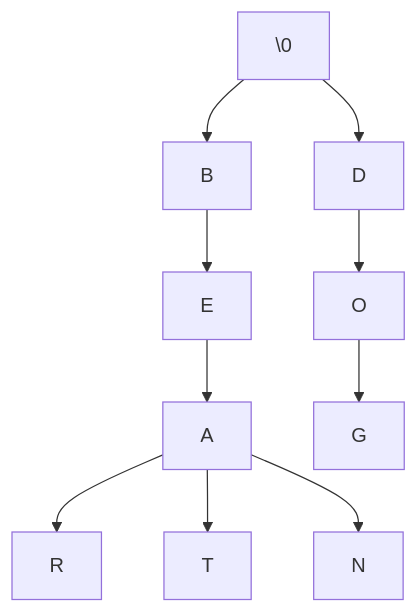
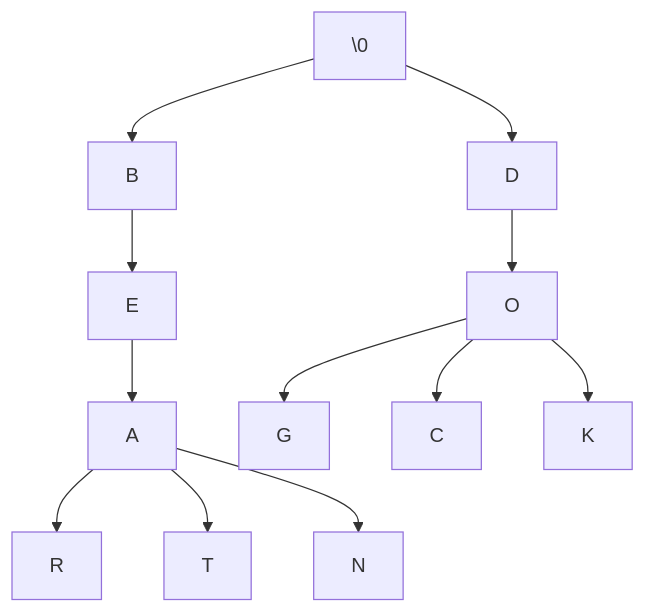
One commit to mmcnally1/arduino-projects changed the diagram in morse-code/README.md. Above: the diagram before and after it, drawn with Mermaid.

````diff
--- a/morse-code/README.md
+++ b/morse-code/README.md
@@ -9,12 +9,14 @@
 ```mermaid
 graph TD;
 \0 --> B
 \0 --> D
 B --> E
 E --> A
 A --> R
 A --> T
 A --> N
 D --> O
 O --> G
+O --> C
+O --> K
 ```
````
